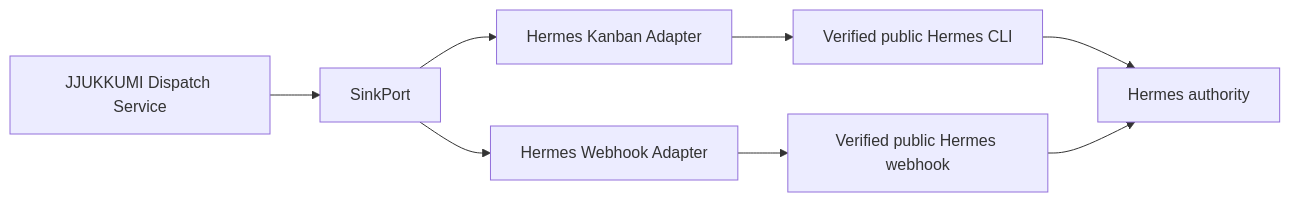
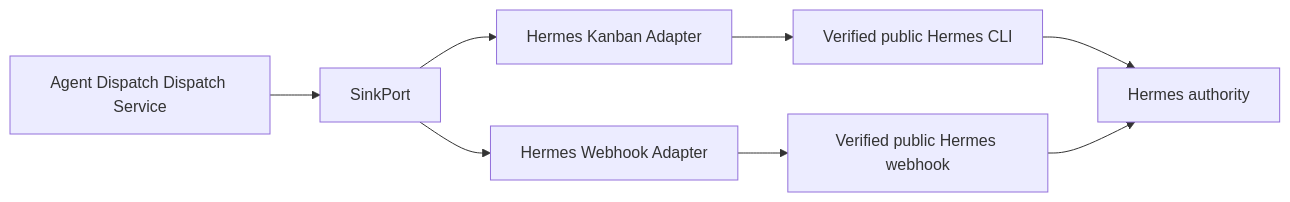
The diagram in docs/docs/01-architecture/hermes-integration.md (irootkernel/agent-dispatch), drawn with Mermaid before and after one commit. The commit also changed other lines of this file and 206 other files, not shown here.

First line of the commit message:
[E6] Rename jjukkumi references to Agent Dispatch across sources and docs

````diff
--- a/docs/docs/01-architecture/hermes-integration.md
+++ b/docs/docs/01-architecture/hermes-integration.md
@@ -18,10 +18,10 @@
 ```mermaid
 flowchart LR
-    Core[JJUKKUMI Dispatch Service] --> Port[SinkPort]
+    Core[Agent Dispatch Dispatch Service] --> Port[SinkPort]
     Port --> KA[Hermes Kanban Adapter]
     Port --> WA[Hermes Webhook Adapter]
     KA --> CLI[Verified public Hermes CLI]
     WA --> HTTP[Verified public Hermes webhook]
     CLI --> Hermes[Hermes authority]
     HTTP --> Hermes
 ```
````
